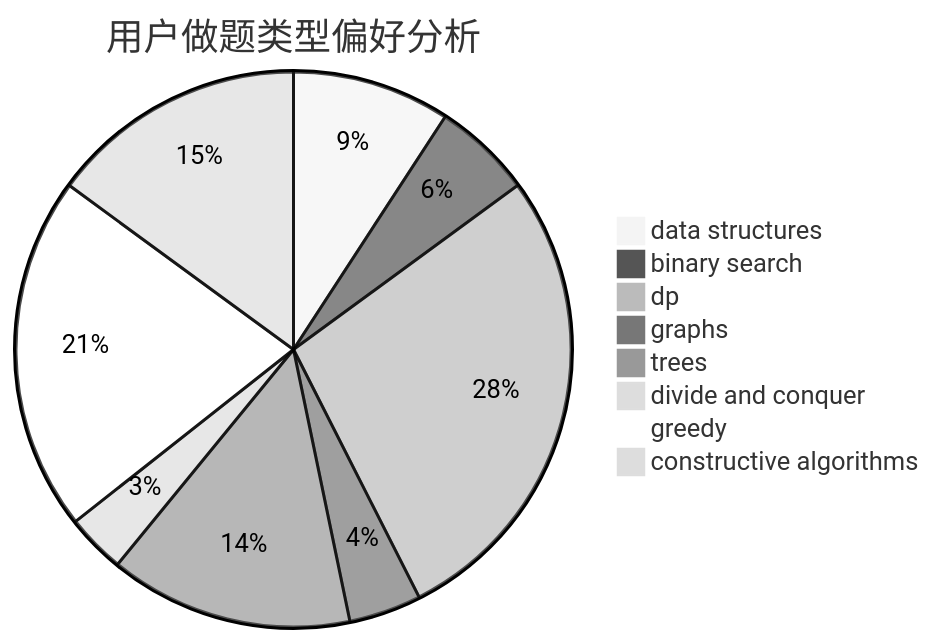
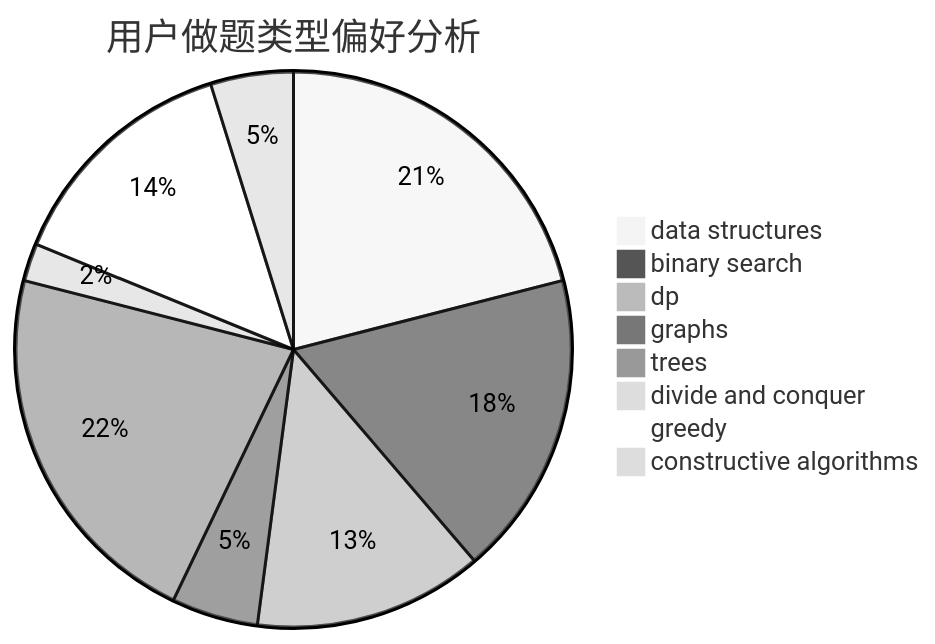
One commit to sherpahu/cfrs.github.io changed the second of 3 diagrams in docs/user/u1245.md. Above: the diagram before and after it, drawn with Mermaid (neutral theme). The commit also changed other lines of this file and 2770 other files, not shown here.

````diff
--- a/docs/user/u1245.md
+++ b/docs/user/u1245.md
@@ -23,11 +23,11 @@
 ```mermaid
 pie title 用户做题类型偏好分析
-    "data structures" :  24
-    "binary search" :  15
-    "dp" :  72
-    "graphs" :  11
-    "trees" :  37
-    "divide and conquer" :  9
-    "greedy" :  54
-    "constructive algorithms" :  39
+    "data structures" :  96
+    "binary search" :  81
+    "dp" :  61
+    "graphs" :  23
+    "trees" :  100
+    "divide and conquer" :  10
+    "greedy" :  64
+    "constructive algorithms" :  22
 ```
````
